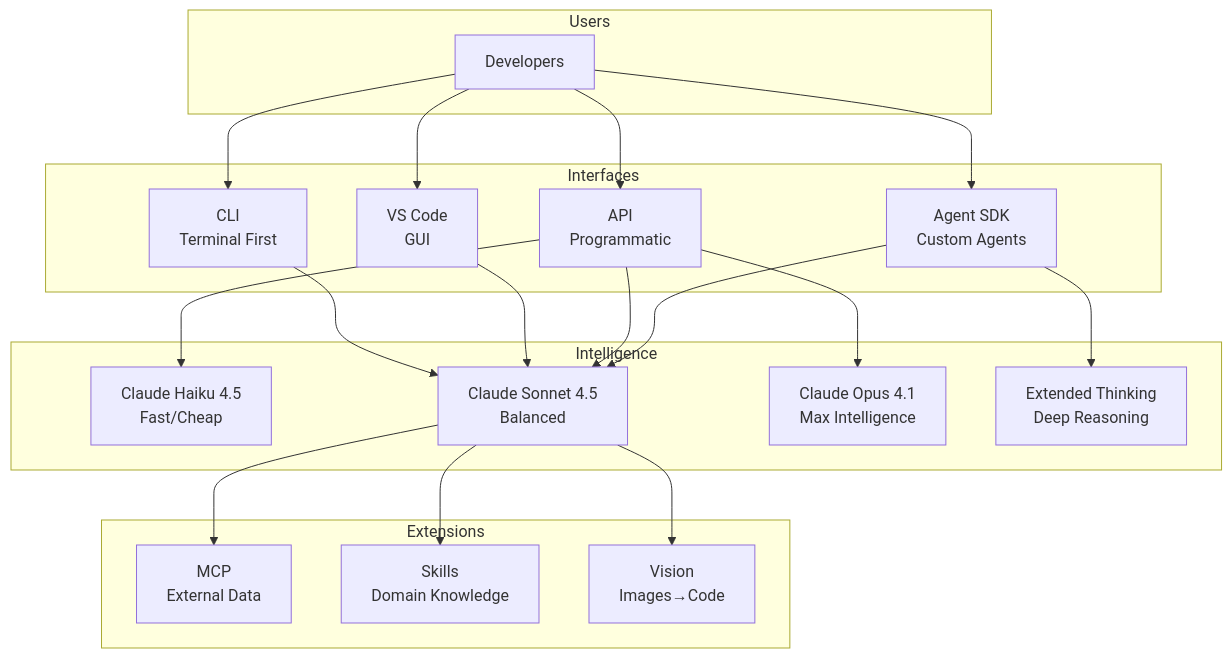
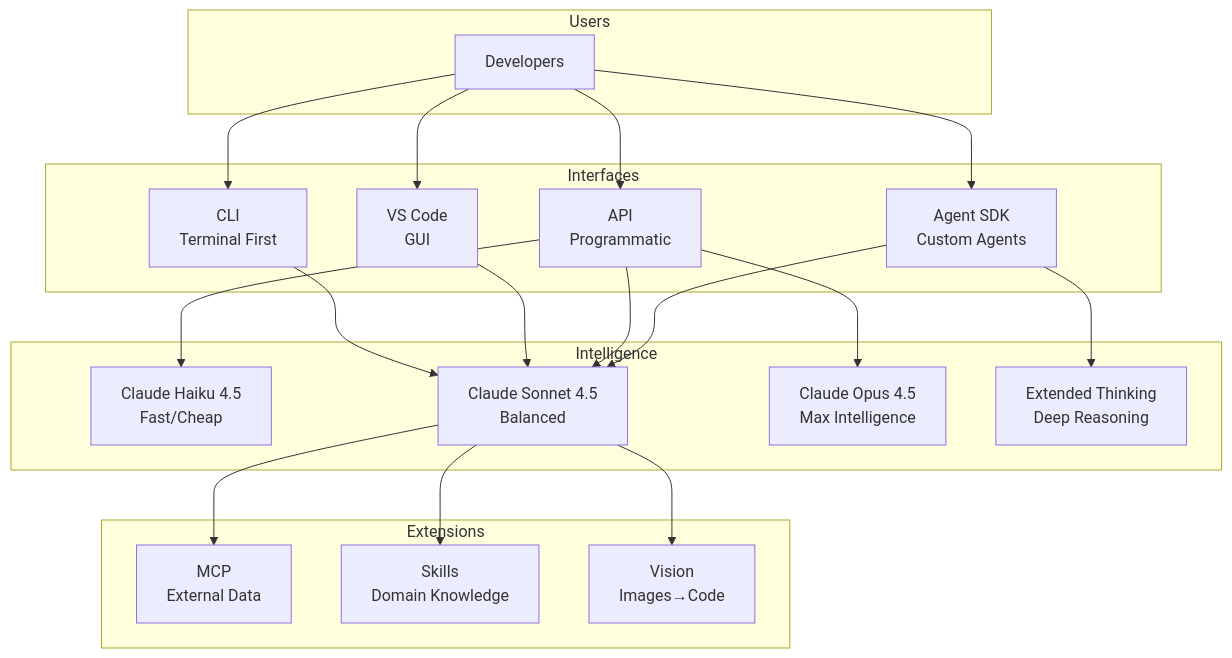
Before and after one commit to slava-kudzinau/cc-guide: the fourth of 4 diagrams in docs/01-fundamentals-core-concepts/01-mental-models.md, drawn with Mermaid. The commit also changed other lines of this file and 12 other files, not shown here.

````diff
--- a/docs/01-fundamentals-core-concepts/01-mental-models.md
+++ b/docs/01-fundamentals-core-concepts/01-mental-models.md
@@ -449,43 +516,43 @@
 ```mermaid
 graph TB
     subgraph Users
         Dev[Developers]
     end
     
     subgraph Interfaces
         CLI[CLI<br/>Terminal First]
         VSCode[VS Code<br/>GUI]
         API[API<br/>Programmatic]
         SDK[Agent SDK<br/>Custom Agents]
     end
     
     subgraph Intelligence
         Haiku[Claude Haiku 4.5<br/>Fast/Cheap]
         Sonnet[Claude Sonnet 4.5<br/>Balanced]
-        Opus[Claude Opus 4.1<br/>Max Intelligence]
+        Opus[Claude Opus 4.5<br/>Max Intelligence]
         Extended[Extended Thinking<br/>Deep Reasoning]
     end
     
     subgraph Extensions
         MCP[MCP<br/>External Data]
         Skills[Skills<br/>Domain Knowledge]
         Vision[Vision<br/>Images→Code]
     end
     
     Dev --> CLI
     Dev --> VSCode
     Dev --> API
     Dev --> SDK
     
     CLI --> Sonnet
     VSCode --> Sonnet
     API --> Haiku
     API --> Sonnet
     API --> Opus
     SDK --> Sonnet
     SDK --> Extended
     
     Sonnet --> MCP
     Sonnet --> Skills
     Sonnet --> Vision
 ```
````
